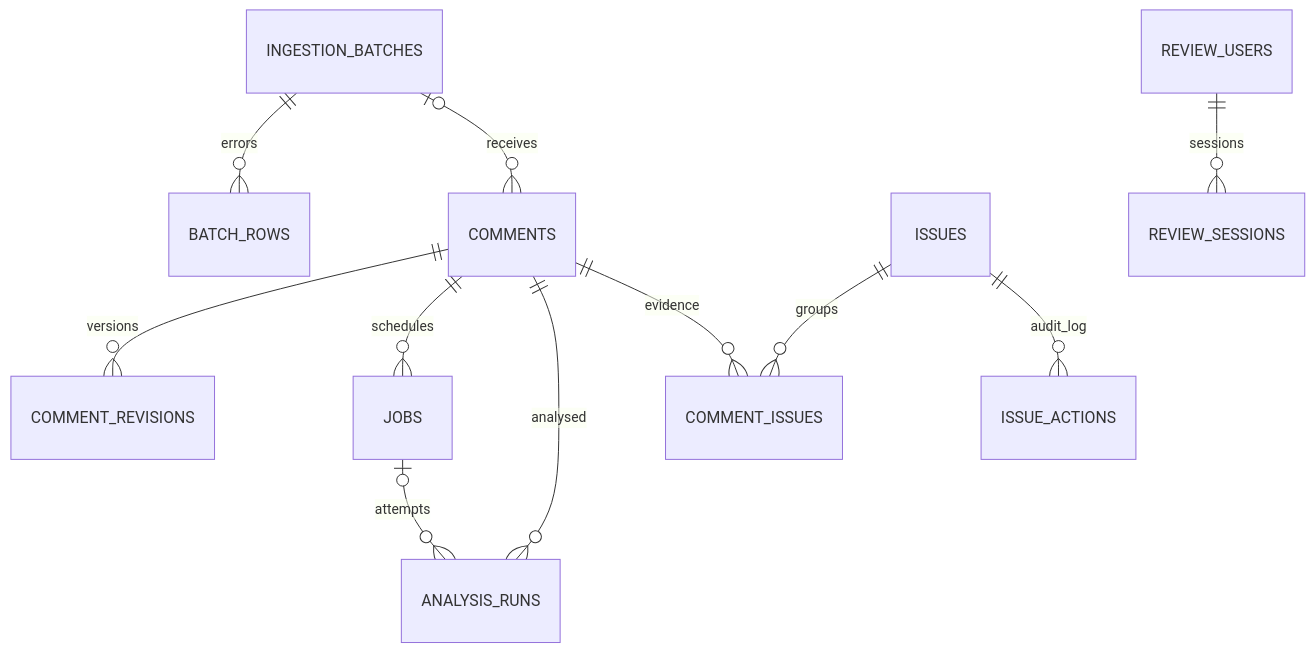
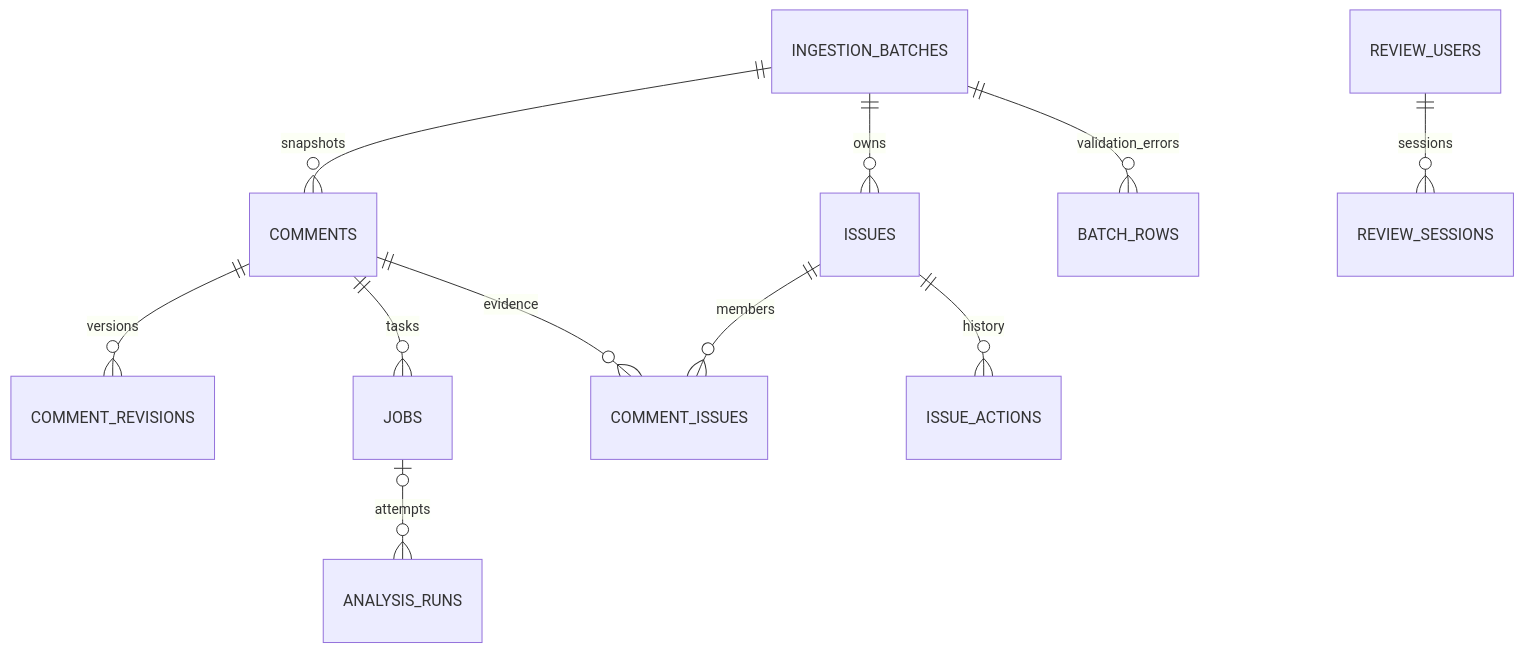
Before and after one commit to Fei-stack-wq/maie6000c-PRI: the second of 3 diagrams in docs/architecture.md, drawn with Mermaid. The commit also changed other lines of this file and 76 other files, not shown here.

Commit message:
Improve batch management, issue grouping and review UI; add bilingual test datasets

````diff
--- a/docs/architecture.md
+++ b/docs/architecture.md
@@ -81,13 +42,13 @@
 ```mermaid
 erDiagram
-    INGESTION_BATCHES ||--o{ BATCH_ROWS : errors
-    INGESTION_BATCHES |o--o{ COMMENTS : receives
+    INGESTION_BATCHES ||--o{ COMMENTS : snapshots
+    INGESTION_BATCHES ||--o{ ISSUES : owns
+    INGESTION_BATCHES ||--o{ BATCH_ROWS : validation_errors
     COMMENTS ||--o{ COMMENT_REVISIONS : versions
-    COMMENTS ||--o{ JOBS : schedules
+    COMMENTS ||--o{ JOBS : tasks
     JOBS |o--o{ ANALYSIS_RUNS : attempts
-    COMMENTS ||--o{ ANALYSIS_RUNS : analysed
     COMMENTS ||--o{ COMMENT_ISSUES : evidence
-    ISSUES ||--o{ COMMENT_ISSUES : groups
-    ISSUES ||--o{ ISSUE_ACTIONS : audit_log
+    ISSUES ||--o{ COMMENT_ISSUES : members
+    ISSUES ||--o{ ISSUE_ACTIONS : history
     REVIEW_USERS ||--o{ REVIEW_SESSIONS : sessions
 ```
````
